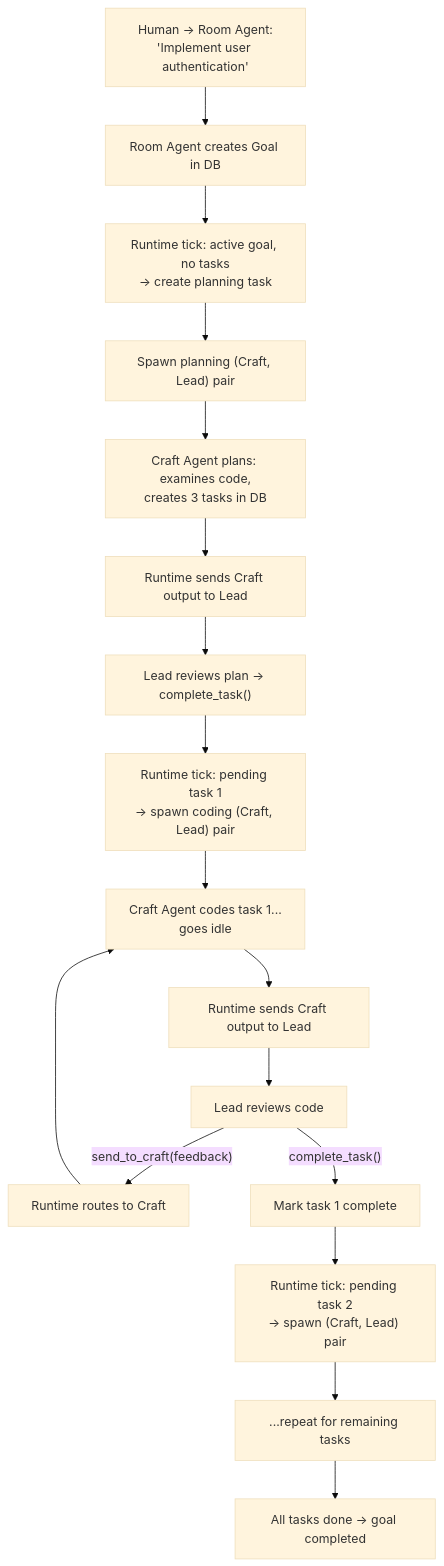
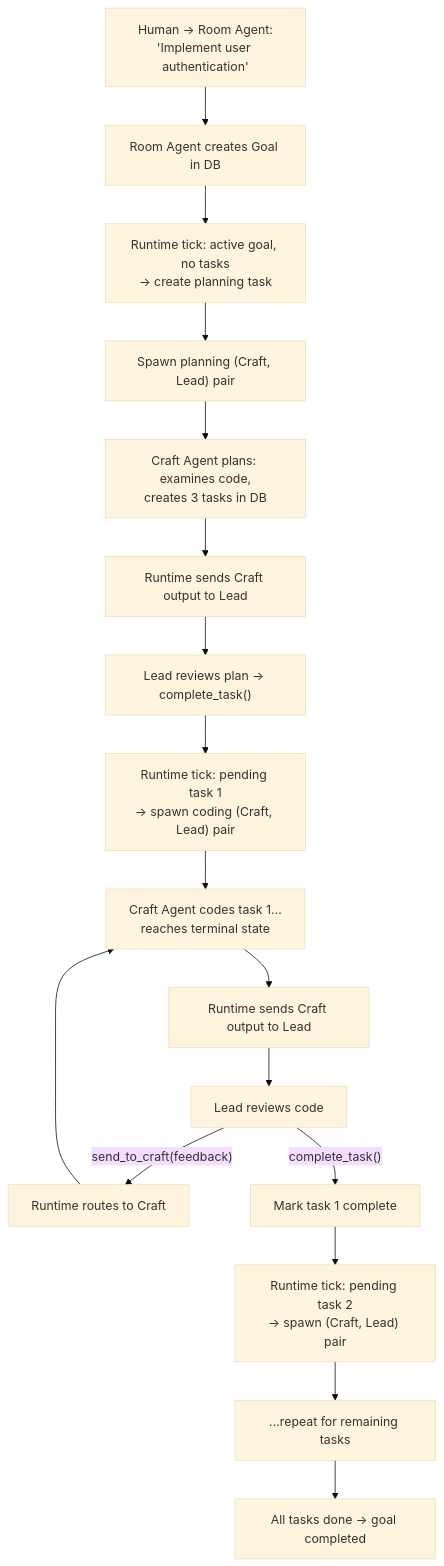
The sixth of 7 diagrams in docs/design/room-runtime-spec.md (lsm/neokai), drawn with Mermaid (base theme) before and after one commit. The commit also changed other lines of this file, not shown here.

````diff
--- a/docs/design/room-runtime-spec.md
+++ b/docs/design/room-runtime-spec.md
@@ -335,19 +367,19 @@
 ```mermaid
 graph TD
     A["Human → Room Agent:<br/>'Implement user authentication'"] --> B["Room Agent creates Goal in DB"]
     B --> C["Runtime tick: active goal, no tasks<br/>→ create planning task"]
     C --> D["Spawn planning (Craft, Lead) pair"]
     D --> E["Craft Agent plans: examines code,<br/>creates 3 tasks in DB"]
     E --> F["Runtime sends Craft output to Lead"]
     F --> G["Lead reviews plan → complete_task()"]
     G --> H["Runtime tick: pending task 1<br/>→ spawn coding (Craft, Lead) pair"]
-    H --> I["Craft Agent codes task 1...<br/>goes idle"]
+    H --> I["Craft Agent codes task 1...<br/>reaches terminal state"]
     I --> J["Runtime sends Craft output to Lead"]
     J --> K["Lead reviews code"]
     K -->|"send_to_craft(feedback)"| L["Runtime routes to Craft"]
     L --> I
     K -->|"complete_task()"| M["Mark task 1 complete"]
     M --> N["Runtime tick: pending task 2<br/>→ spawn (Craft, Lead) pair"]
     N --> O["...repeat for remaining tasks"]
     O --> P["All tasks done → goal completed"]
 ```
````
